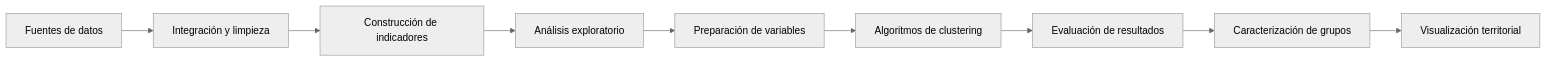
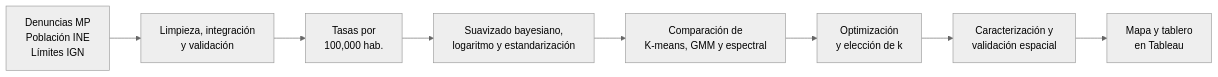
One commit to michellemej22596/TrabajoProfesional-AgrupamientoDeMunicipiosSegunIncidencia changed the diagram in README.md. Above: the diagram before and after it, drawn with Mermaid (neutral theme). The commit also changed other lines of this file, not shown here.

````diff
--- a/README.md
+++ b/README.md
@@ -62,11 +93,10 @@
 ```mermaid
 flowchart LR
-    A[Fuentes de datos] --> B[Integración y limpieza]
-    B --> C[Construcción de indicadores]
-    C --> D[Análisis exploratorio]
-    D --> E[Preparación de variables]
-    E --> F[Algoritmos de clustering]
-    F --> G[Evaluación de resultados]
-    G --> H[Caracterización de grupos]
-    H --> I[Visualización territorial]
+    A[Denuncias MP<br/>Población INE<br/>Límites IGN] --> B[Limpieza, integración<br/>y validación]
+    B --> C[Tasas por<br/>100,000 hab.]
+    C --> D[Suavizado bayesiano,<br/>logaritmo y estandarización]
+    D --> E[Comparación de<br/>K-means, GMM y espectral]
+    E --> F[Optimización<br/>y elección de k]
+    F --> G[Caracterización y<br/>validación espacial]
+    G --> H[Mapa y tablero<br/>en Tableau]
 ```
````
